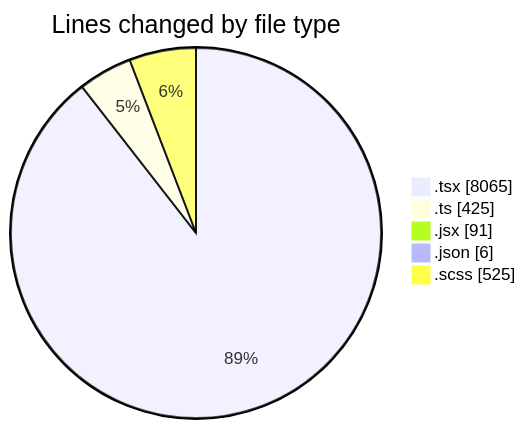
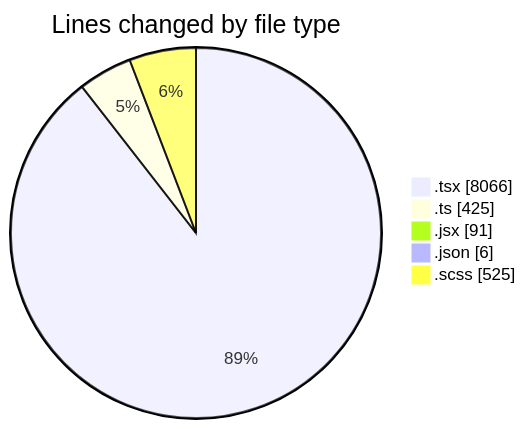
Before and after one commit to momahboobian/code-tracking: the first of 2 diagrams in 2026-04-27/cda/README.md, drawn with Mermaid. The commit also changed other lines of this file and 1 other file, not shown here.

````diff
--- a/2026-04-27/cda/README.md
+++ b/2026-04-27/cda/README.md
@@ -55,9 +55,9 @@
 ```mermaid
 pie showData
 title Lines changed by file type
-".tsx" : 8065
+".tsx" : 8066
 ".ts" : 425
 ".jsx" : 91
 ".json" : 6
 ".scss" : 525
 ```
````
